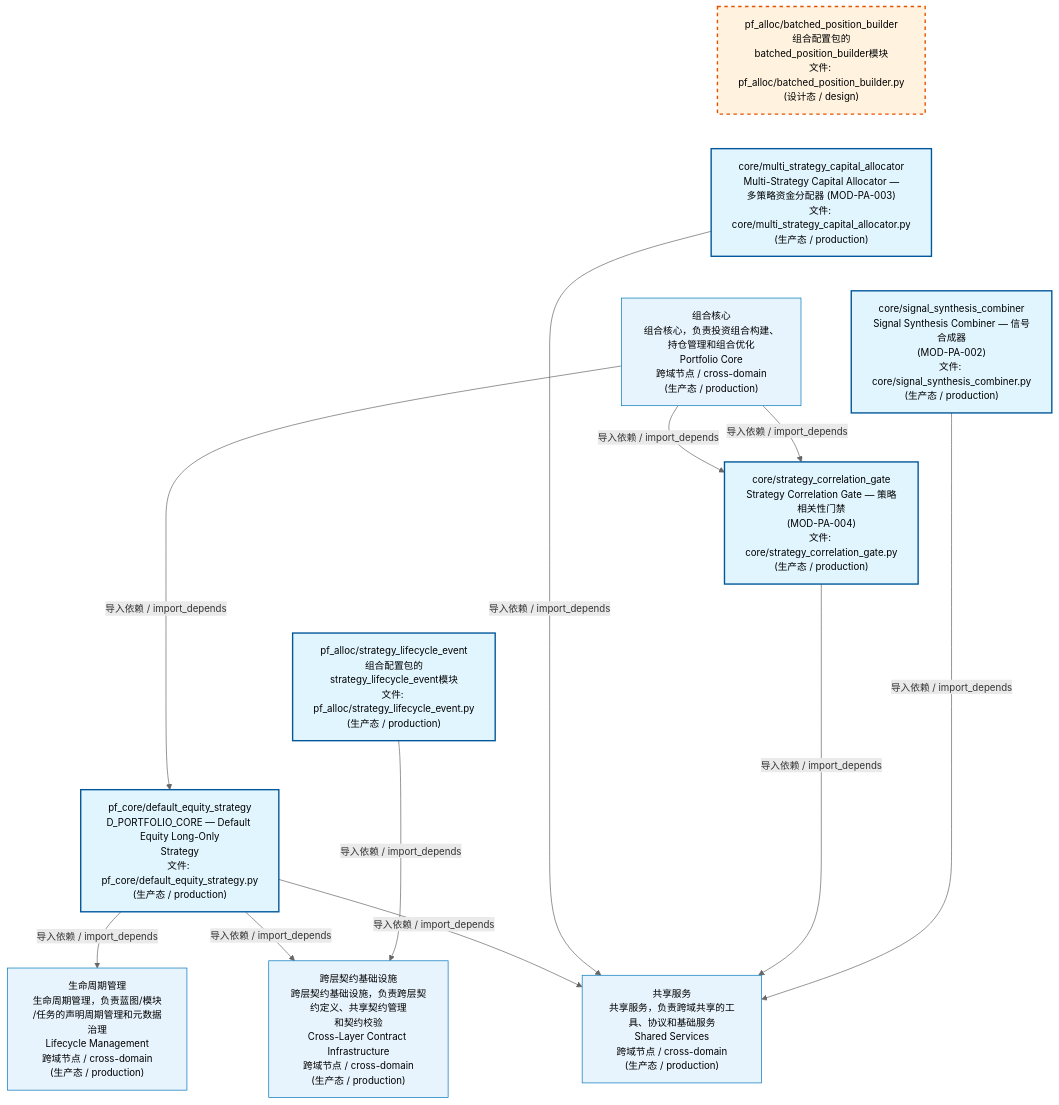
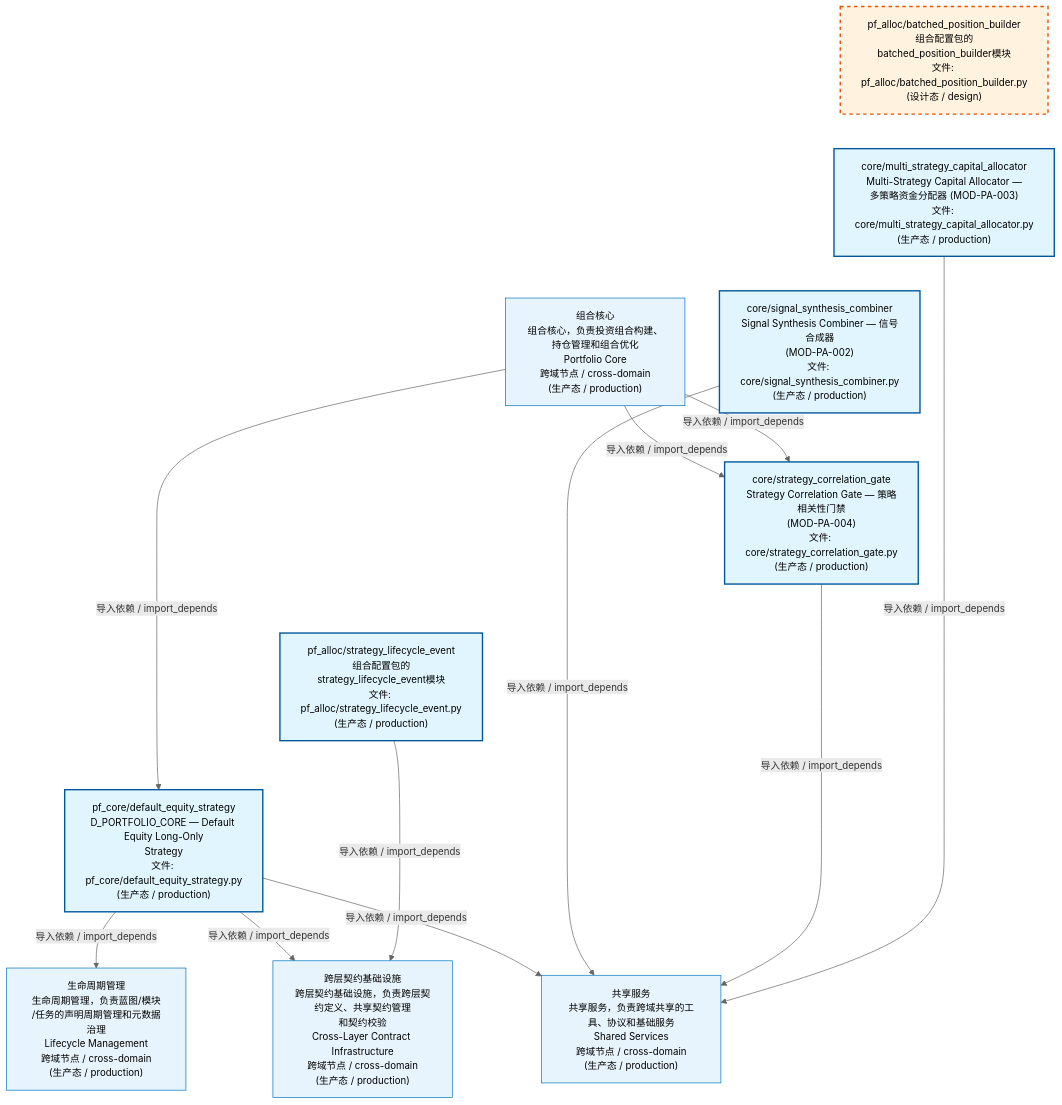
The first of 4 diagrams in docs/02_enterprise_architecture/02_domain_architecture_docs/62_d_pf_alloc.md (xuanFelixVan/ZephyrAlpha), drawn with Mermaid before and after one commit. The commit also changed other lines of this file and 46 other files, not shown here.

````diff
--- a/docs/02_enterprise_architecture/02_domain_architecture_docs/62_d_pf_alloc.md
+++ b/docs/02_enterprise_architecture/02_domain_architecture_docs/62_d_pf_alloc.md
@@ -53,36 +53,36 @@
 ```mermaid
 %%{init: {'theme': 'base', 'themeVariables': {'primaryColor': '#eaeaea', 'primaryTextColor': '#333333', 'primaryBorderColor': '#666666', 'lineColor': '#666666', 'secondaryColor': '#eaeaea', 'tertiaryColor': '#eaeaea', 'fontSize': '14px'}}}%%
 flowchart TD
     src_zephyr_pf_alloc_batched_position_builder_py["pf_alloc/batched_position_builder<br/>组合配置包的batched_position_builder模块<br/>文件: pf_alloc/batched_position_builder.py<br/>(设计态 / design)"]
     src_zephyr_pf_alloc_core_multi_strategy_capital_allocator_py["core/multi_strategy_capital_allocator<br/>Multi-Strategy Capital Allocator —<br/>多策略资金分配器 (MOD-PA-003)<br/>文件: core/multi_strategy_capital_allocator.py<br/>(生产态 / production)"]
     src_zephyr_pf_alloc_core_signal_synthesis_combiner_py["core/signal_synthesis_combiner<br/>Signal Synthesis Combiner — 信号合成器<br/>(MOD-PA-002)<br/>文件: core/signal_synthesis_combiner.py<br/>(生产态 / production)"]
     src_zephyr_pf_alloc_core_strategy_correlation_gate_py["core/strategy_correlation_gate<br/>Strategy Correlation Gate — 策略相关性门禁<br/>(MOD-PA-004)<br/>文件: core/strategy_correlation_gate.py<br/>(生产态 / production)"]
     src_zephyr_pf_alloc_strategy_lifecycle_event_py["pf_alloc/strategy_lifecycle_event<br/>组合配置包的strategy_lifecycle_event模块<br/>文件: pf_alloc/strategy_lifecycle_event.py<br/>(生产态 / production)"]
     src_zephyr_pf_core_default_equity_strategy_py["pf_core/default_equity_strategy<br/>D_PORTFOLIO_CORE — Default Equity Long-Only<br/>Strategy<br/>文件: pf_core/default_equity_strategy.py<br/>(生产态 / production)"]
     src_zephyr_pf_alloc_batched_position_builder_py ~~~ src_zephyr_pf_alloc_core_multi_strategy_capital_allocator_py
     src_zephyr_pf_alloc_core_multi_strategy_capital_allocator_py ~~~ src_zephyr_pf_alloc_core_signal_synthesis_combiner_py
     src_zephyr_pf_alloc_core_signal_synthesis_combiner_py ~~~ src_zephyr_pf_alloc_core_strategy_correlation_gate_py
     src_zephyr_pf_alloc_core_strategy_correlation_gate_py ~~~ src_zephyr_pf_alloc_strategy_lifecycle_event_py
     src_zephyr_pf_alloc_strategy_lifecycle_event_py ~~~ src_zephyr_pf_core_default_equity_strategy_py
     D_INFRASTRUCTURE["跨层契约基础设施<br/>跨层契约基础设施，负责跨层契约定义、共享契约管理<br/>和契约校验<br/>Cross-Layer Contract Infrastructure<br/>跨域节点 / cross-domain<br/>(生产态 / production)"]
     src_zephyr_pf_alloc_strategy_lifecycle_event_py -->|导入依赖 / import_depends| D_INFRASTRUCTURE
     D_SHARED["共享服务<br/>共享服务，负责跨域共享的工具、协议和基础服务<br/>Shared Services<br/>跨域节点 / cross-domain<br/>(生产态 / production)"]
+    src_zephyr_pf_alloc_core_multi_strategy_capital_allocator_py -->|导入依赖 / import_depends| D_SHARED
+    src_zephyr_pf_alloc_core_strategy_correlation_gate_py -->|导入依赖 / import_depends| D_SHARED
     src_zephyr_pf_alloc_core_signal_synthesis_combiner_py -->|导入依赖 / import_depends| D_SHARED
-    src_zephyr_pf_alloc_core_strategy_correlation_gate_py -->|导入依赖 / import_depends| D_SHARED
-    src_zephyr_pf_alloc_core_multi_strategy_capital_allocator_py -->|导入依赖 / import_depends| D_SHARED
     D_GOVERNANCE["生命周期管理<br/>生命周期管理，负责蓝图/模块<br/>/任务的声明周期管理和元数据治理<br/>Lifecycle Management<br/>跨域节点 / cross-domain<br/>(生产态 / production)"]
     src_zephyr_pf_core_default_equity_strategy_py -->|导入依赖 / import_depends| D_GOVERNANCE
     src_zephyr_pf_core_default_equity_strategy_py -->|导入依赖 / import_depends| D_SHARED
     src_zephyr_pf_core_default_equity_strategy_py -->|导入依赖 / import_depends| D_INFRASTRUCTURE
     D_PF_CORE["组合核心<br/>组合核心，负责投资组合构建、持仓管理和组合优化<br/>Portfolio Core<br/>跨域节点 / cross-domain<br/>(生产态 / production)"]
     D_PF_CORE -->|导入依赖 / import_depends| src_zephyr_pf_alloc_core_strategy_correlation_gate_py
     D_PF_CORE -->|导入依赖 / import_depends| src_zephyr_pf_alloc_core_strategy_correlation_gate_py
     D_PF_CORE -->|导入依赖 / import_depends| src_zephyr_pf_core_default_equity_strategy_py
     classDef production fill:#e1f5fe,stroke:#01579b,stroke-width:2px,color:#000
     classDef design fill:#fff3e0,stroke:#e65100,stroke-width:2px,color:#000,stroke-dasharray: 5 5
     classDef external_prod fill:#e8f4fd,stroke:#0277bd,stroke-width:1px,color:#000
     classDef external_design fill:#fff8e7,stroke:#ef6c00,stroke-width:1px,color:#000,stroke-dasharray: 5 5
     class src_zephyr_pf_alloc_core_multi_strategy_capital_allocator_py,src_zephyr_pf_alloc_core_signal_synthesis_combiner_py,src_zephyr_pf_alloc_core_strategy_correlation_gate_py,src_zephyr_pf_alloc_strategy_lifecycle_event_py,src_zephyr_pf_core_default_equity_strategy_py production
     class src_zephyr_pf_alloc_batched_position_builder_py design
     class D_INFRASTRUCTURE,D_SHARED,D_GOVERNANCE,D_PF_CORE external_prod
 ```
````
